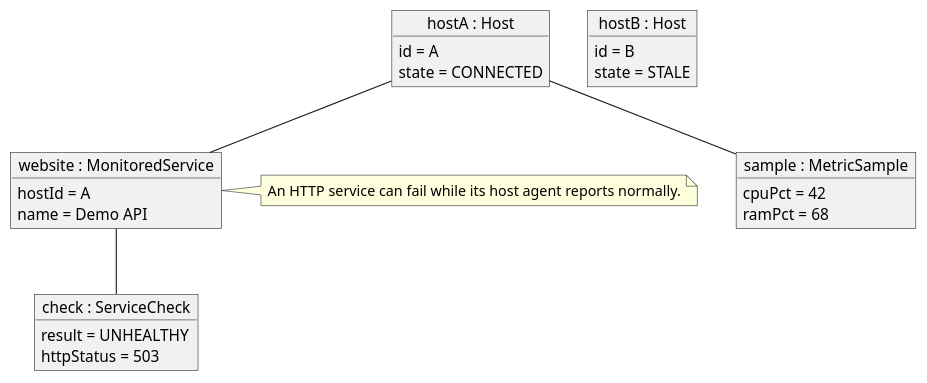
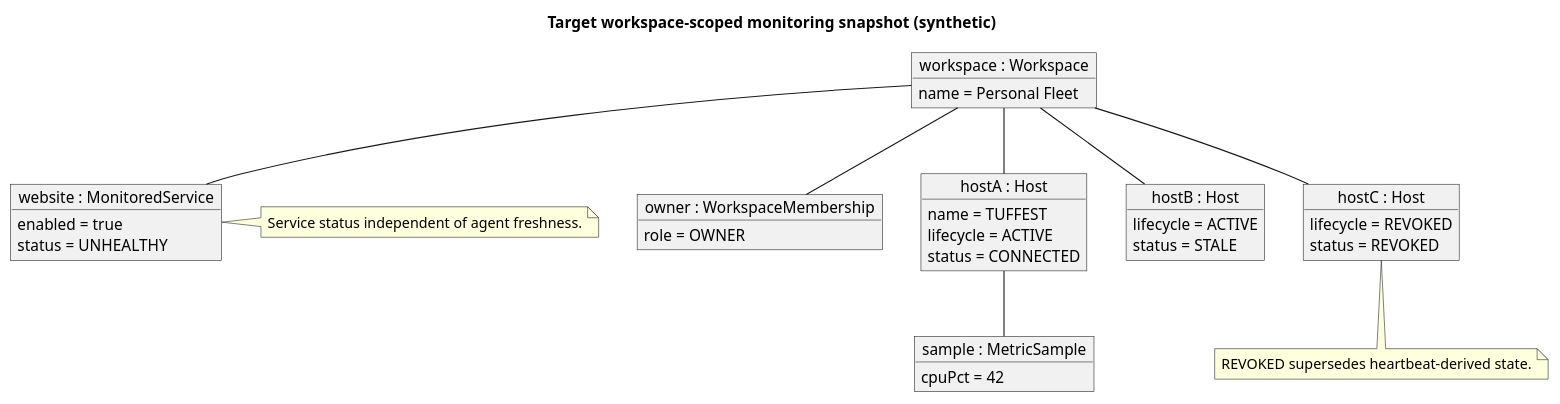
Before and after one commit to Adam-BArbia/fleetluma: the diagram in docs/uml/plantuml/10_object_snapshot.puml, drawn with PlantUML.

Commit message:
docs(FL-31): reconcile remaining package and workflow UML 10_object_snapshot.puml

```diff
--- a/docs/uml/plantuml/10_object_snapshot.puml
+++ b/docs/uml/plantuml/10_object_snapshot.puml
@@ -1,26 +1,37 @@
 @startuml 10_object_snapshot
-object "hostA : Host" as h {
-  id = A
-  state = CONNECTED
+title Target workspace-scoped monitoring snapshot (synthetic)
+object "workspace : Workspace" as ws {
+ name = Personal Fleet
+}
+object "owner : WorkspaceMembership" as own {
+ role = OWNER
+}
+object "hostA : Host" as a {
+ name = TUFFEST
+ lifecycle = ACTIVE
+ status = CONNECTED
 }
 object "hostB : Host" as b {
-  id = B
-  state = STALE
+ lifecycle = ACTIVE
+ status = STALE
+}
+object "hostC : Host" as c {
+ lifecycle = REVOKED
+ status = REVOKED
 }
 object "website : MonitoredService" as w {
-  hostId = A
-  name = Demo API
-}
-object "check : ServiceCheck" as c {
-  result = UNHEALTHY
-  httpStatus = 503
+ enabled = true
+ status = UNHEALTHY
 }
 object "sample : MetricSample" as s {
-  cpuPct = 42
-  ramPct = 68
+ cpuPct = 42
 }
-h -- w
-w -- c
-h -- s
-note right of w : An HTTP service can fail while its host agent reports normally.
+ws -- own
+ws -- a
+ws -- b
+ws -- c
+ws -- w
+a -- s
+note right of w : Service status independent of agent freshness.
+note bottom of c : REVOKED supersedes heartbeat-derived state.
 @enduml
```
